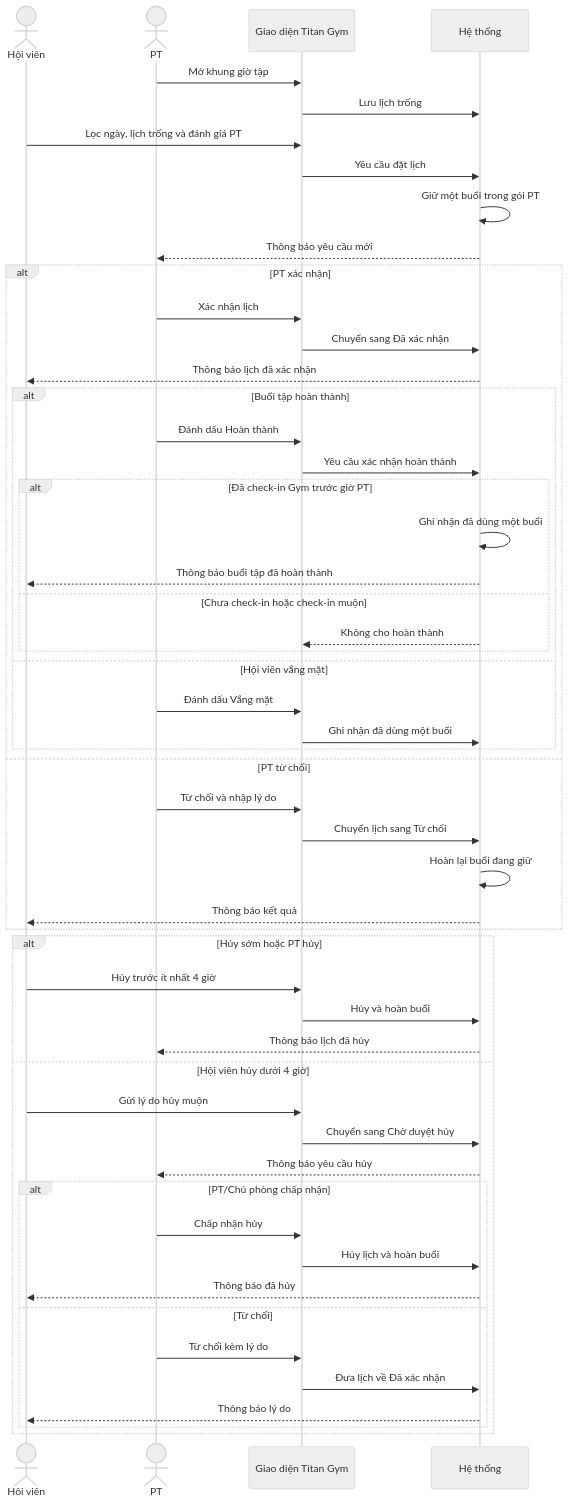
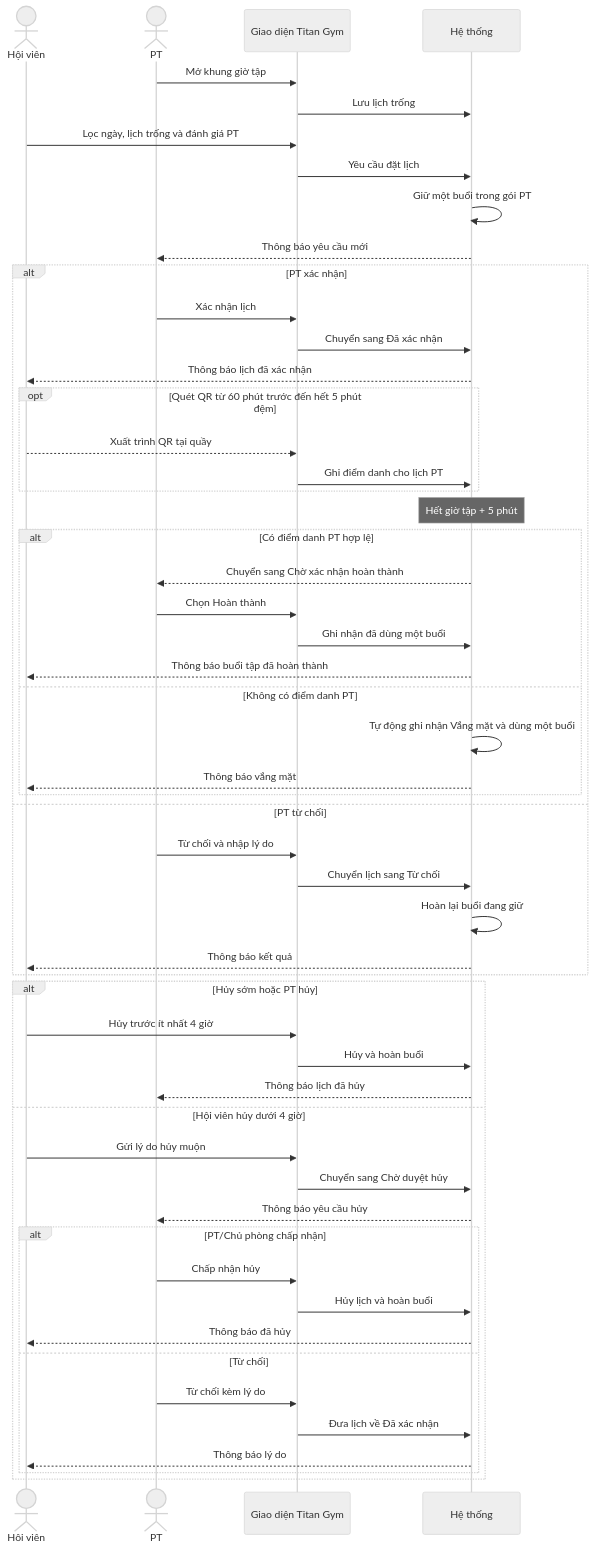
The third of 5 diagrams in docs/06-UML-Diagrams/Sequences.md (vhoanglong54/CNPM_GYM), drawn with Mermaid (neutral theme) before and after one commit. The commit also changed other lines of this file and 8 other files, not shown here.

````diff
--- a/docs/06-UML-Diagrams/Sequences.md
+++ b/docs/06-UML-Diagrams/Sequences.md
@@ -68,57 +68,58 @@
 ```mermaid
 sequenceDiagram
   actor M as Hội viên
   actor T as PT
   participant UI as Giao diện Titan Gym
   participant SYS as Hệ thống
 
   T->>UI: Mở khung giờ tập
   UI->>SYS: Lưu lịch trống
   M->>UI: Lọc ngày, lịch trống và đánh giá PT
   UI->>SYS: Yêu cầu đặt lịch
   SYS->>SYS: Giữ một buổi trong gói PT
   SYS-->>T: Thông báo yêu cầu mới
 
   alt PT xác nhận
     T->>UI: Xác nhận lịch
     UI->>SYS: Chuyển sang Đã xác nhận
     SYS-->>M: Thông báo lịch đã xác nhận
-    alt Buổi tập hoàn thành
-      T->>UI: Đánh dấu Hoàn thành
-      UI->>SYS: Yêu cầu xác nhận hoàn thành
-      alt Đã check-in Gym trước giờ PT
-        SYS->>SYS: Ghi nhận đã dùng một buổi
-        SYS-->>M: Thông báo buổi tập đã hoàn thành
-      else Chưa check-in hoặc check-in muộn
-        SYS-->>UI: Không cho hoàn thành
-      end
-    else Hội viên vắng mặt
-      T->>UI: Đánh dấu Vắng mặt
+    opt Quét QR từ 60 phút trước đến hết 5 phút đệm
+      M-->>UI: Xuất trình QR tại quầy
+      UI->>SYS: Ghi điểm danh cho lịch PT
+    end
+    Note over SYS: Hết giờ tập + 5 phút
+    alt Có điểm danh PT hợp lệ
+      SYS-->>T: Chuyển sang Chờ xác nhận hoàn thành
+      T->>UI: Chọn Hoàn thành
       UI->>SYS: Ghi nhận đã dùng một buổi
+      SYS-->>M: Thông báo buổi tập đã hoàn thành
+    else Không có điểm danh PT
+      SYS->>SYS: Tự động ghi nhận Vắng mặt và dùng một buổi
+      SYS-->>M: Thông báo vắng mặt
     end
   else PT từ chối
     T->>UI: Từ chối và nhập lý do
     UI->>SYS: Chuyển lịch sang Từ chối
     SYS->>SYS: Hoàn lại buổi đang giữ
     SYS-->>M: Thông báo kết quả
   end
 
   alt Hủy sớm hoặc PT hủy
     M->>UI: Hủy trước ít nhất 4 giờ
     UI->>SYS: Hủy và hoàn buổi
     SYS-->>T: Thông báo lịch đã hủy
   else Hội viên hủy dưới 4 giờ
     M->>UI: Gửi lý do hủy muộn
     UI->>SYS: Chuyển sang Chờ duyệt hủy
     SYS-->>T: Thông báo yêu cầu hủy
     alt PT/Chủ phòng chấp nhận
       T->>UI: Chấp nhận hủy
       UI->>SYS: Hủy lịch và hoàn buổi
       SYS-->>M: Thông báo đã hủy
     else Từ chối
       T->>UI: Từ chối kèm lý do
       UI->>SYS: Đưa lịch về Đã xác nhận
       SYS-->>M: Thông báo lý do
     end
   end
 ```
````
